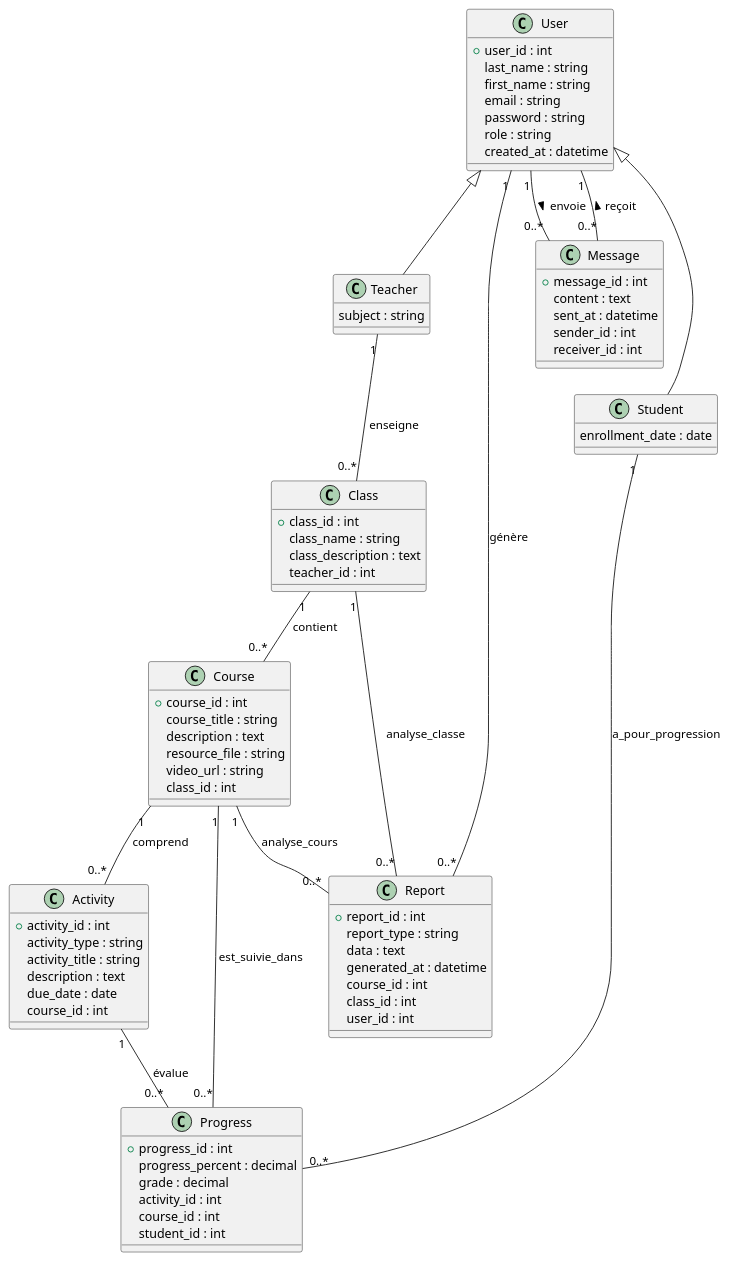
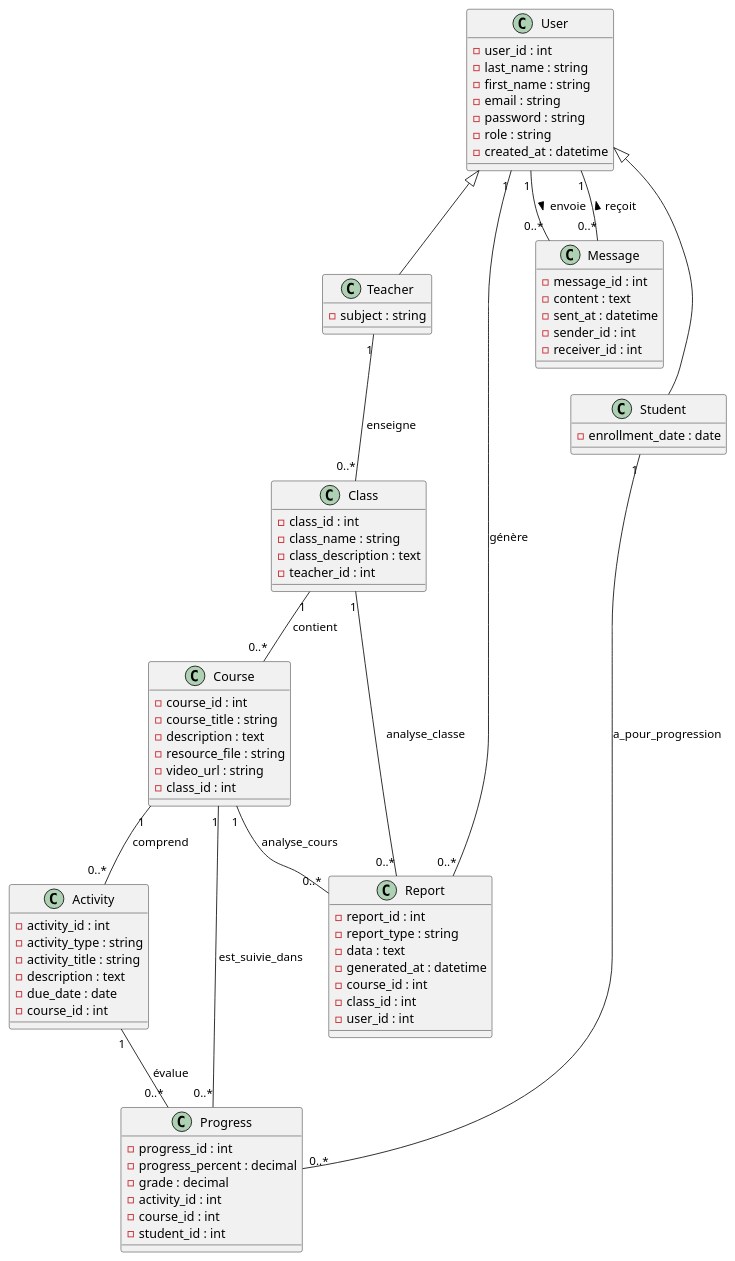
The diagram in Conception/classe/classe.puml (AurelienDillies/Primeo), drawn with PlantUML before and after one commit.

```diff
--- a/Conception/classe/classe.puml
+++ b/Conception/classe/classe.puml
@@ -1,96 +1,96 @@
 @startuml
 
 ' ======================
 ' Classes
 ' ======================
 
 class User {
-  +user_id : int
-  last_name : string
-  first_name : string
-  email : string
-  password : string
-  role : string
-  created_at : datetime
+  -user_id : int
+  -last_name : string
+  -first_name : string
+  -email : string
+  -password : string
+  -role : string
+  -created_at : datetime
 }
 
 class Teacher extends User {
-  subject : string
+  -subject : string
 }
 
 class Student extends User {
-  enrollment_date : date
+  -enrollment_date : date
 }
 
 class Class {
-  +class_id : int
-  class_name : string
-  class_description : text
-  teacher_id : int
+  -class_id : int
+  -class_name : string
+  -class_description : text
+  -teacher_id : int
 }
 
 class Course {
-  +course_id : int
-  course_title : string
-  description : text
-  resource_file : string
-  video_url : string
-  class_id : int
+  -course_id : int
+  -course_title : string
+  -description : text
+  -resource_file : string
+  -video_url : string
+  -class_id : int
 }
 
 class Activity {
-  +activity_id : int
-  activity_type : string
-  activity_title : string
-  description : text
-  due_date : date
-  course_id : int
+  -activity_id : int
+  -activity_type : string
+  -activity_title : string
+  -description : text
+  -due_date : date
+  -course_id : int
 }
 
 class Message {
-  +message_id : int
-  content : text
-  sent_at : datetime
-  sender_id : int
-  receiver_id : int
+  -message_id : int
+  -content : text
+  -sent_at : datetime
+  -sender_id : int
+  -receiver_id : int
 }
 
 class Progress {
-  +progress_id : int
-  progress_percent : decimal
-  grade : decimal
-  activity_id : int
-  course_id : int
-  student_id : int
+  -progress_id : int
+  -progress_percent : decimal
+  -grade : decimal
+  -activity_id : int
+  -course_id : int
+  -student_id : int
 }
 
 class Report {
-  +report_id : int
-  report_type : string
-  data : text
-  generated_at : datetime
-  course_id : int
-  class_id : int
-  user_id : int
+  -report_id : int
+  -report_type : string
+  -data : text
+  -generated_at : datetime
+  -course_id : int
+  -class_id : int
+  -user_id : int
 }
 
 ' ======================
 ' Relations
 ' ======================
 
 Teacher "1" -- "0..*" Class : enseigne
 Class "1" -- "0..*" Course : contient
 Course "1" -- "0..*" Activity : comprend
 
 User "1" -- "0..*" Message : envoie >
 User "1" -- "0..*" Message : < reçoit
 
 Student "1" -- "0..*" Progress : a_pour_progression
 Course "1" -- "0..*" Progress : est_suivie_dans
 Activity "1" -- "0..*" Progress : évalue
 
 User "1" -- "0..*" Report : génère
 Class "1" -- "0..*" Report : analyse_classe
 Course "1" -- "0..*" Report : analyse_cours
 
 @enduml
```
